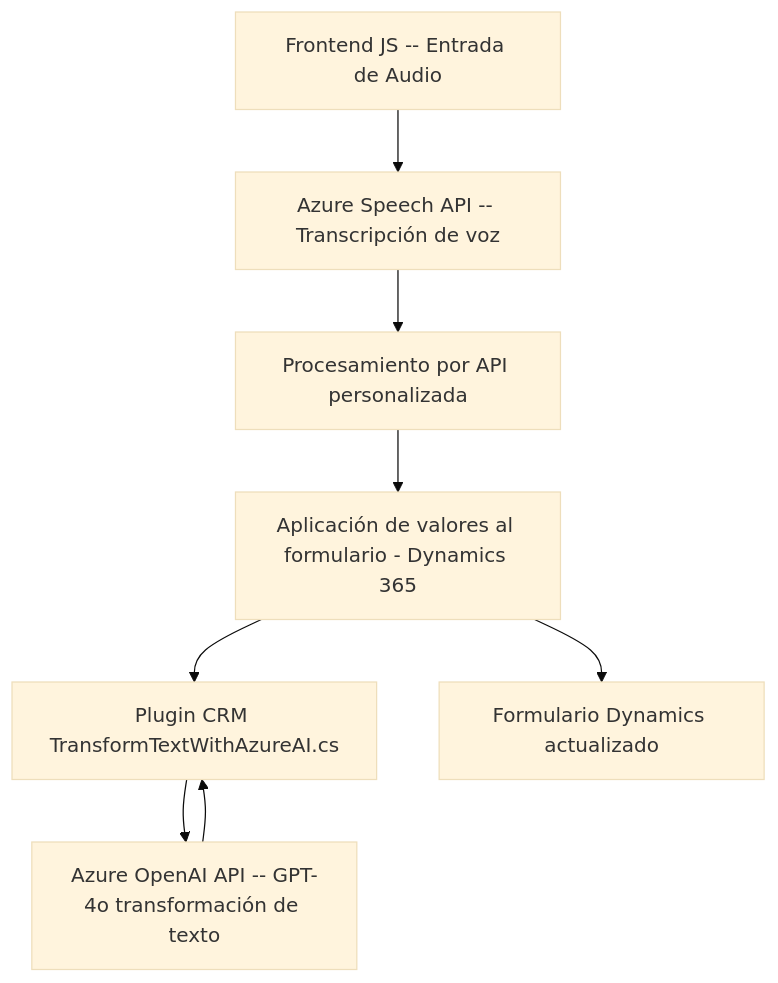
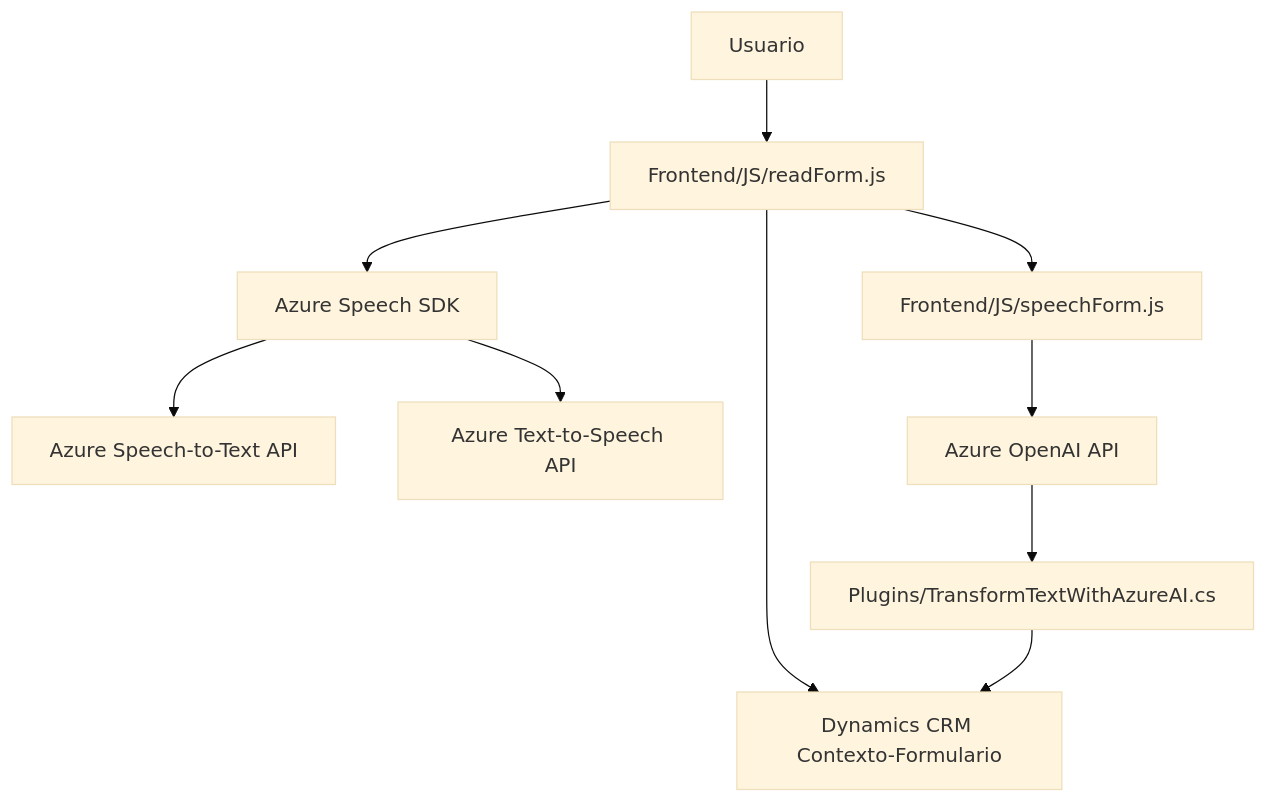
One commit to blopezdm/NETCORE_BILBAO2025 changed the diagram in README.md. Above: the diagram before and after it, drawn with Mermaid (base theme). The commit also changed other lines of this file, not shown here.

````diff
--- a/README.md
+++ b/README.md
@@ -54,18 +54,24 @@
 ```mermaid
 graph TD
-    A["Frontend JS -- Entrada de Audio"]
-    B["Azure Speech API -- Transcripción de voz"]
-    C["Procesamiento por API personalizada"]
-    D["Aplicación de valores al formulario - Dynamics 365"]
-    E["Plugin CRM TransformTextWithAzureAI.cs"]
-    F["Azure OpenAI API -- GPT-4o transformación de texto"]
-    G["Formulario Dynamics actualizado"]
-
+    A["Usuario"]
+    B["Frontend/JS/readForm.js"]
+    C["Frontend/JS/speechForm.js"]
+    D["Azure Speech SDK"]
+    E["Plugins/TransformTextWithAzureAI.cs"]
+    F["Azure Speech-to-Text API"]
+    G["Azure Text-to-Speech API"]
+    H["Azure OpenAI API"]
+    I["Dynamics CRM Contexto-Formulario"]
+    
     A --> B
+    B --> D
     B --> C
-    C --> D
+    B --> I
+    
+    D --> F
     D --> G
-    D --> E
-    E --> F
-    F --> E
+    
+    C --> H
+    H --> E
+    E --> I
 ```
````
